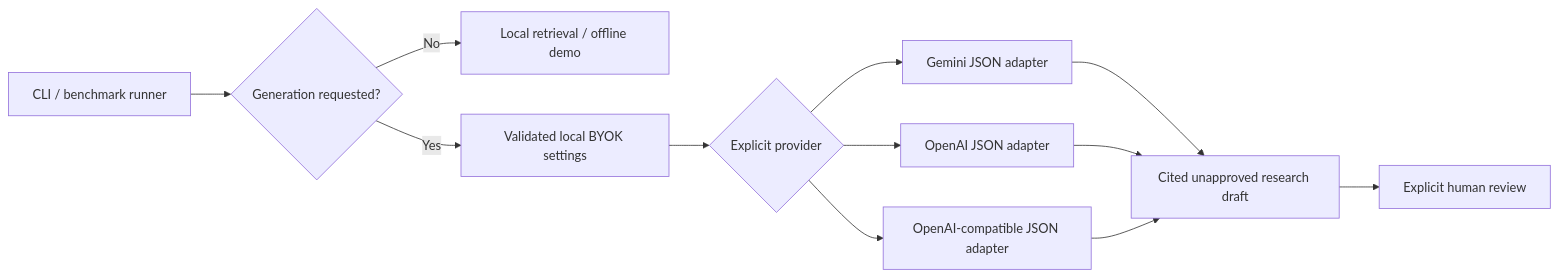
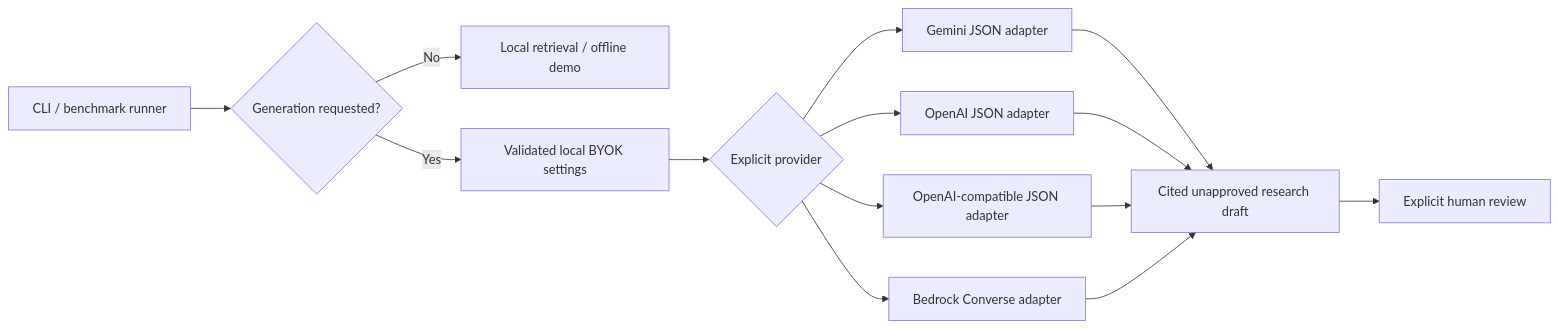
The diagram in docs/byok-generation.md (Break-Through-Tech/KPMG-1F-ai-research-intelligence-agent-for-business-insight-translation), drawn with Mermaid before and after one commit. The commit also changed other lines of this file and 6 other files, not shown here.

Commit message:
feat(generation): support native AWS Bedrock Converse

````diff
--- a/docs/byok-generation.md
+++ b/docs/byok-generation.md
@@ -7,14 +8,16 @@
 ```mermaid
 flowchart LR
   CLI[CLI / benchmark runner] --> Gate{Generation requested?}
   Gate -->|No| Retrieval[Local retrieval / offline demo]
   Gate -->|Yes| Config[Validated local BYOK settings]
   Config --> Selected{Explicit provider}
   Selected --> Gemini[Gemini JSON adapter]
   Selected --> OpenAI[OpenAI JSON adapter]
   Selected --> Custom[OpenAI-compatible JSON adapter]
+  Selected --> Bedrock[Bedrock Converse adapter]
   Gemini --> Draft[Cited unapproved research draft]
   OpenAI --> Draft
   Custom --> Draft
+  Bedrock --> Draft
   Draft --> Human[Explicit human review]
 ```
````
